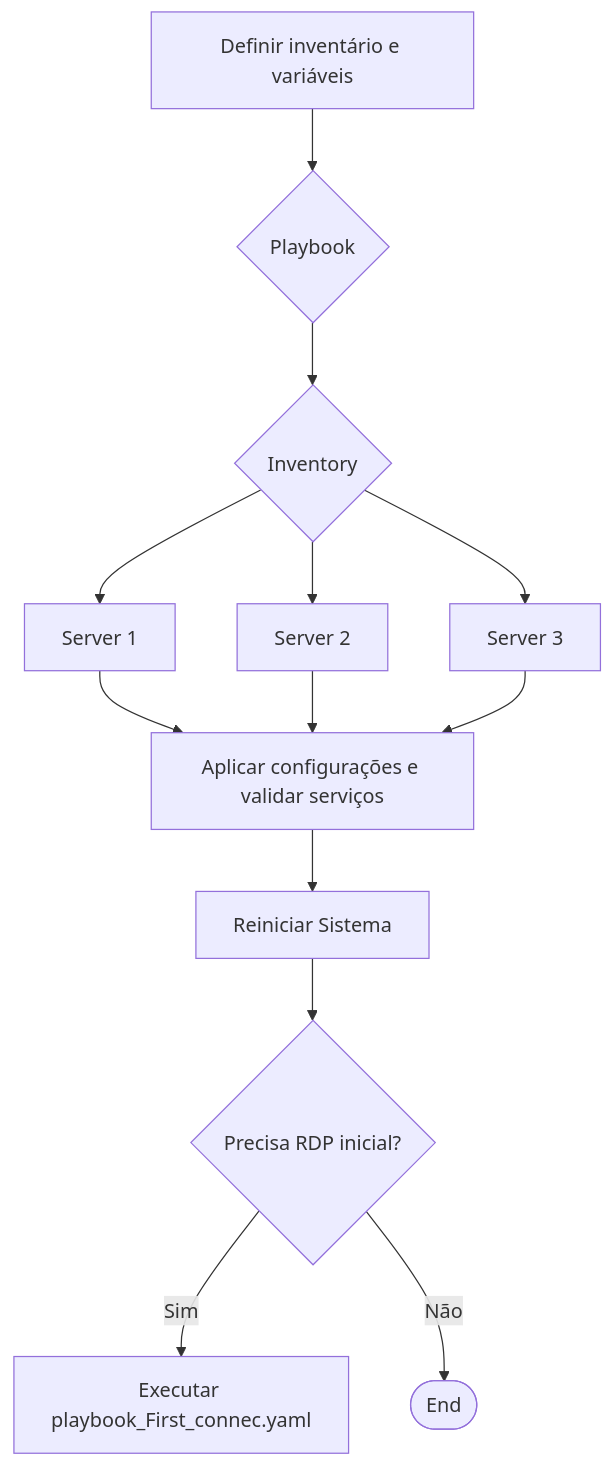
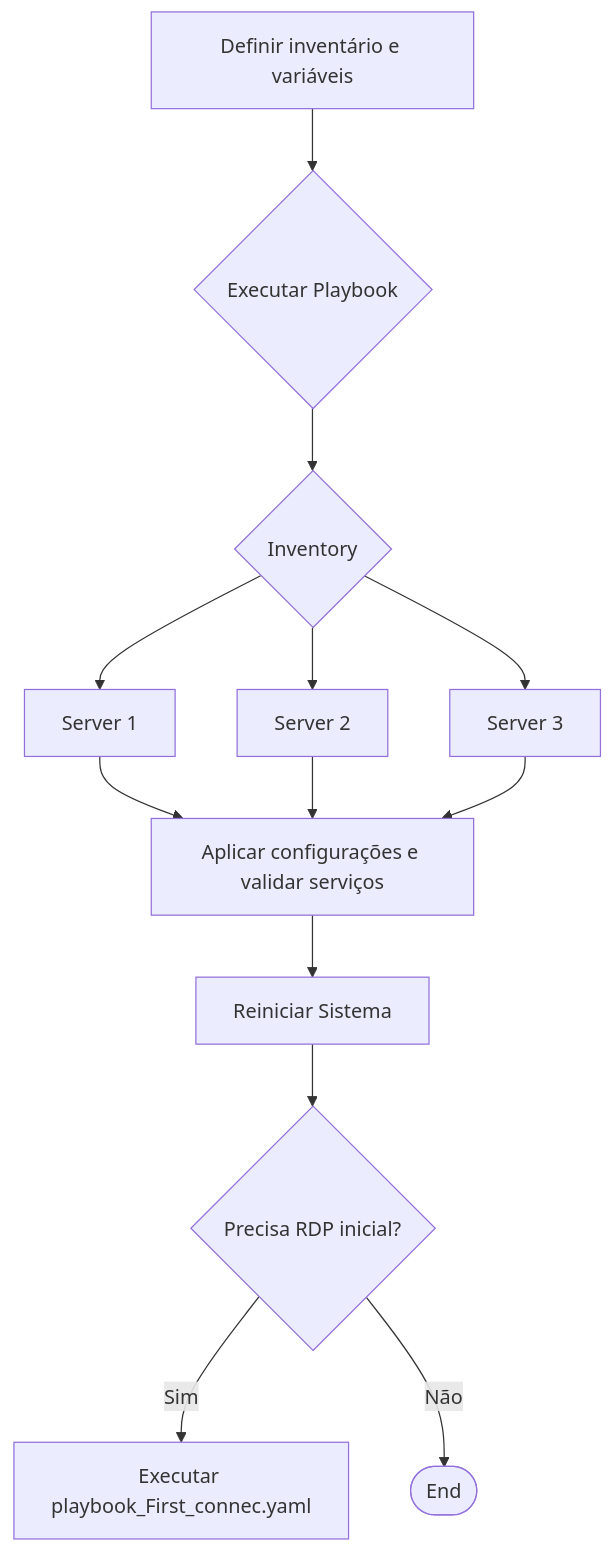
Before and after one commit to Theo-Panella/Project_AOC: the diagram in README.md, drawn with Mermaid.

Commit message:
Fix flowchart to include 'Executar Playbook' step

````diff
--- a/README.md
+++ b/README.md
@@ -35,17 +35,17 @@
 ```mermaid
 flowchart TD
     A["Definir inventário e variáveis"]
-    A --> B{"Playbook"}
+    A --> B{"Executar Playbook"}
     B --> C{"Inventory"}
     C --> D[Server 1]
     C --> E[Server 2]
     C --> F[Server 3]
     
     D --> G["Aplicar configurações e validar serviços"]
     E --> G["Aplicar configurações e validar serviços"]
     F --> G["Aplicar configurações e validar serviços"]
     G --> H["Reiniciar Sistema"]
     H --> I{"Precisa RDP inicial?"}
     I -->|Sim| J["Executar playbook_First_connec.yaml"]
     I -->|Não| K(["End"])
 ```
````
